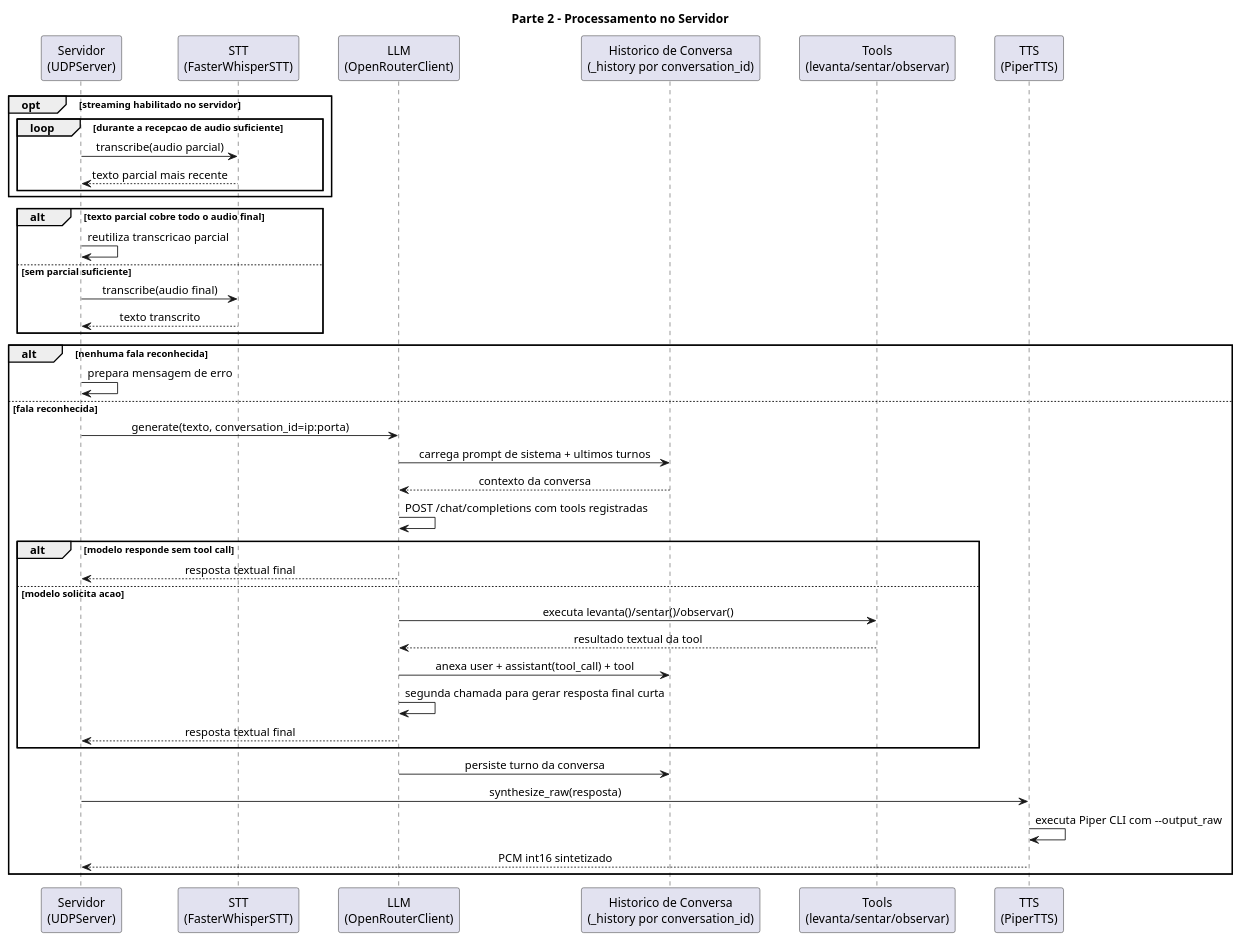
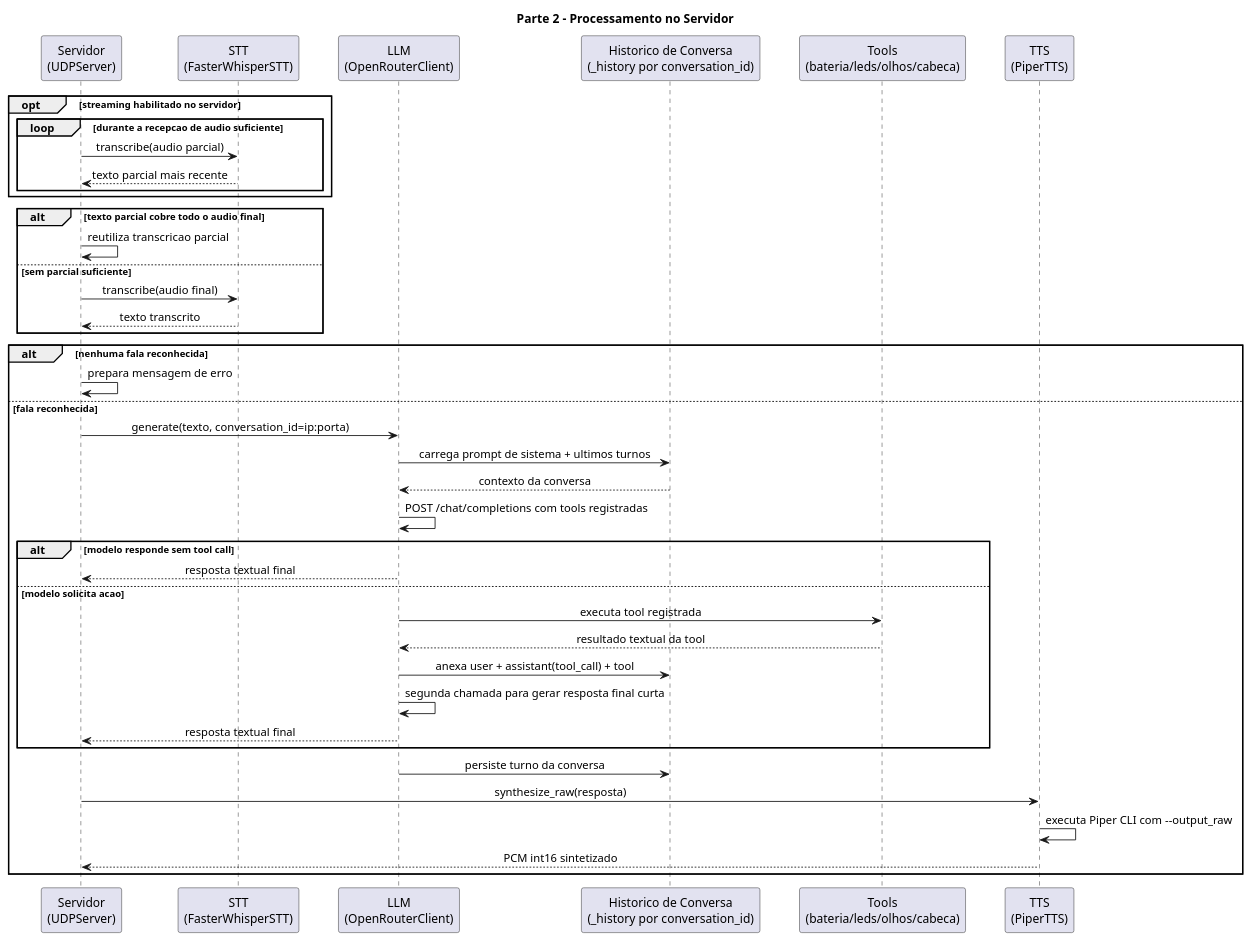
Before and after one commit to DaniloCTM/NAO_Talk: the diagram in voice_assistant/docs/flow_robot_part2_server_processing.puml, drawn with PlantUML. The commit also changed 68 other files, not shown here.

```diff
--- a/voice_assistant/docs/flow_robot_part2_server_processing.puml
+++ b/voice_assistant/docs/flow_robot_part2_server_processing.puml
@@ -1,54 +1,54 @@
 @startuml
 title Parte 2 - Processamento no Servidor
 
 skinparam backgroundColor white
 skinparam shadowing false
 skinparam sequenceMessageAlign center
 skinparam participantPadding 18
 
 participant "Servidor\n(UDPServer)" as Server
 participant "STT\n(FasterWhisperSTT)" as STT
 participant "LLM\n(OpenRouterClient)" as LLM
 participant "Historico de Conversa\n(_history por conversation_id)" as Memory
-participant "Tools\n(levanta/sentar/observar)" as Tools
+participant "Tools\n(bateria/leds/olhos/cabeca)" as Tools
 participant "TTS\n(PiperTTS)" as TTS
 
 opt streaming habilitado no servidor
   loop durante a recepcao de audio suficiente
     Server -> STT : transcribe(audio parcial)
     STT --> Server : texto parcial mais recente
   end
 end
 
 alt texto parcial cobre todo o audio final
   Server -> Server : reutiliza transcricao parcial
 else sem parcial suficiente
   Server -> STT : transcribe(audio final)
   STT --> Server : texto transcrito
 end
 
 alt nenhuma fala reconhecida
   Server -> Server : prepara mensagem de erro
 else fala reconhecida
   Server -> LLM : generate(texto, conversation_id=ip:porta)
   LLM -> Memory : carrega prompt de sistema + ultimos turnos
   Memory --> LLM : contexto da conversa
   LLM -> LLM : POST /chat/completions com tools registradas
 
   alt modelo responde sem tool call
     LLM --> Server : resposta textual final
   else modelo solicita acao
-    LLM -> Tools : executa levanta()/sentar()/observar()
+    LLM -> Tools : executa tool registrada
     Tools --> LLM : resultado textual da tool
     LLM -> Memory : anexa user + assistant(tool_call) + tool
     LLM -> LLM : segunda chamada para gerar resposta final curta
     LLM --> Server : resposta textual final
   end
 
   LLM -> Memory : persiste turno da conversa
   Server -> TTS : synthesize_raw(resposta)
   TTS -> TTS : executa Piper CLI com --output_raw
   TTS --> Server : PCM int16 sintetizado
 end
 
 @enduml
```
